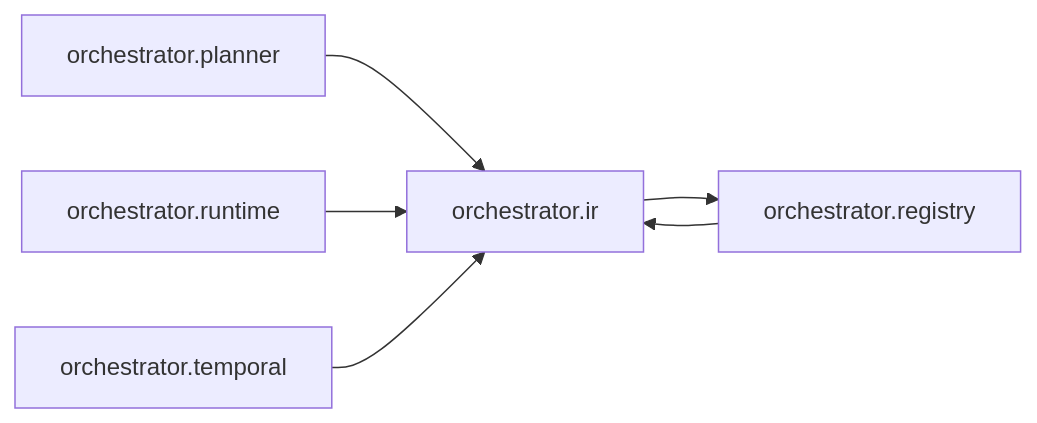
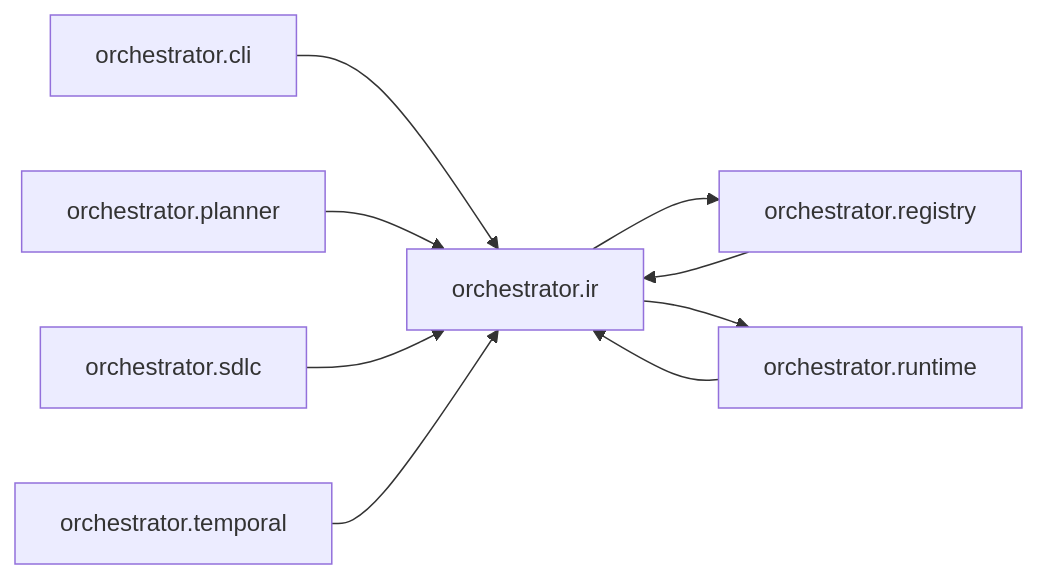
Before and after one commit to synaptixs/spine: the diagram in episteme/areas/orchestrator.ir.md, drawn with Mermaid. The commit also changed other lines of this file and 53 other files, not shown here.

````diff
--- a/episteme/areas/orchestrator.ir.md
+++ b/episteme/areas/orchestrator.ir.md
@@ -8,13 +8,18 @@
 ```mermaid
 flowchart LR
   n0["orchestrator.ir"]
-  n1["orchestrator.planner"]
-  n2["orchestrator.registry"]
-  n3["orchestrator.runtime"]
-  n4["orchestrator.temporal"]
+  n1["orchestrator.cli"]
+  n2["orchestrator.planner"]
+  n3["orchestrator.registry"]
+  n4["orchestrator.runtime"]
+  n5["orchestrator.sdlc"]
+  n6["orchestrator.temporal"]
   n1 --> n0
   n2 --> n0
   n3 --> n0
   n4 --> n0
-  n0 --> n2
+  n5 --> n0
+  n6 --> n0
+  n0 --> n3
+  n0 --> n4
 ```
````
